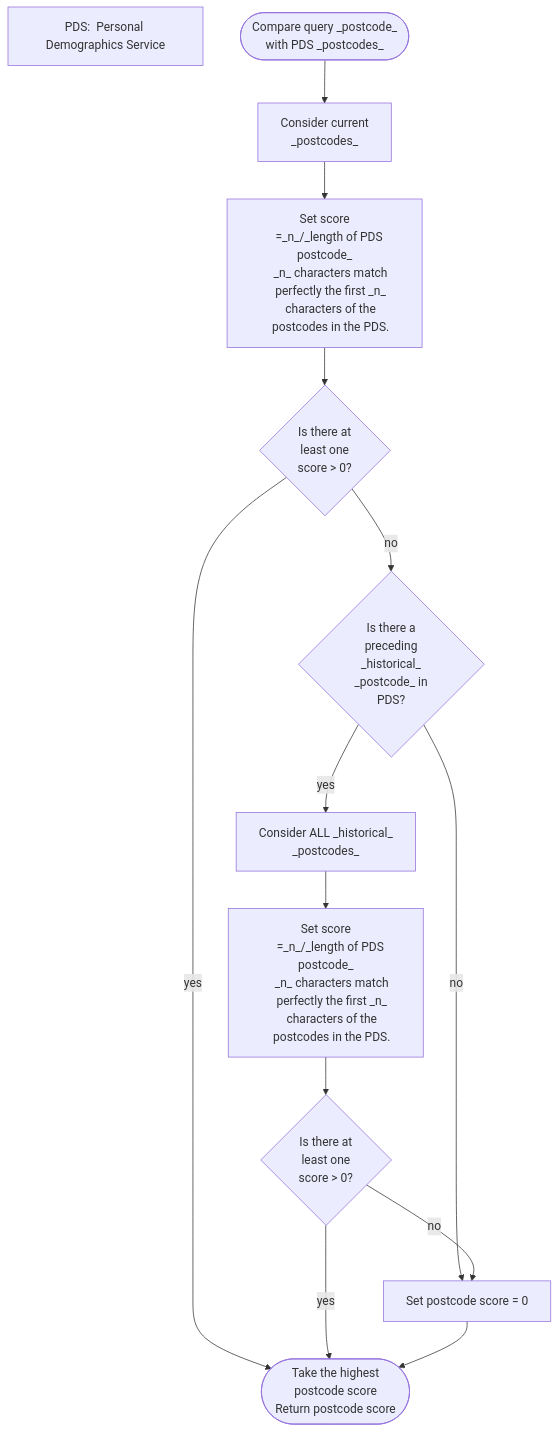
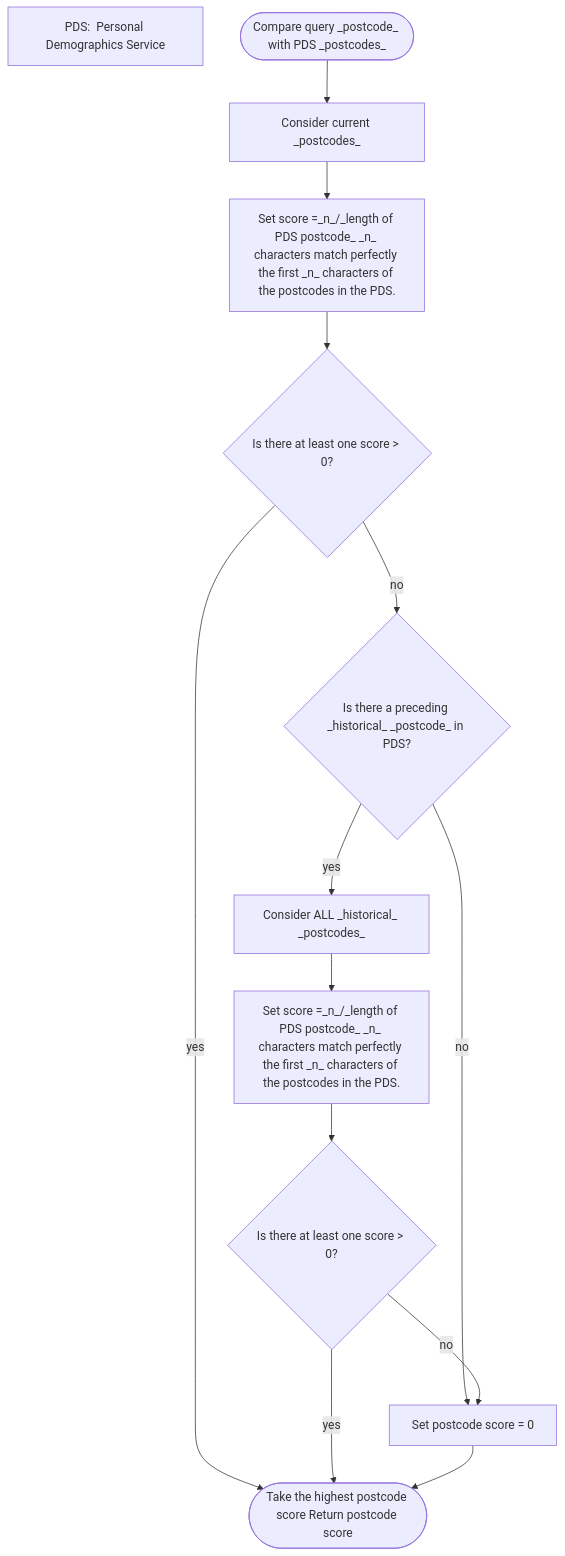
The diagram in src/_pages/standards-comparison-person-matching.md (SocialCareData/standard), drawn with Mermaid before and after one commit. The commit also changed other lines of this file and 15 other files, not shown here.

````diff
--- a/src/_pages/standards-comparison-person-matching.md
+++ b/src/_pages/standards-comparison-person-matching.md
@@ -124,53 +124,30 @@
 ```mermaid
 flowchart TD
     LEGEND[PDS: ]
 
-    Start([Compare query _postcode_
-    with PDS _postcodes_])
-    2[Consider current
-    _postcodes_]
-    3[Set score
-    =_n_/_length of PDS postcode_
-    _n_ characters match
-    perfectly the first _n_
-    characters of the
-    postcodes in the PDS.]
-    4{Is there at
-    least one
-    score > 0?}
-    5{Is there a
-    preceding
-    _historical_
-    _postcode_ in
-    PDS?}
-    6[Consider ALL _historical_
-    _postcodes_]
+    Start([Compare query _postcode_ with PDS _postcodes_])
+    2[Consider current _postcodes_]
+    3[Set score =_n_/_length of PDS postcode_ _n_ characters match perfectly the first _n_ characters of the postcodes in the PDS.]
+    4{Is there at least one score > 0?}
+    5{Is there a preceding _historical_ _postcode_ in PDS?}
+    6[Consider ALL _historical_ _postcodes_]
     7[Set postcode score = 0]
-    8[Set score
-    =_n_/_length of PDS postcode_
-    _n_ characters match
-    perfectly the first _n_
-    characters of the
-    postcodes in the PDS.]
-    9{Is there at
-    least one
-    score > 0?}
-    Stop([Take the highest
-    postcode score
-    Return postcode score])
+    8[Set score =_n_/_length of PDS postcode_ _n_ characters match perfectly the first _n_ characters of the postcodes in the PDS.]
+    9{Is there at least one score > 0?}
+    Stop([Take the highest postcode score Return postcode score])
 
     Start --> 2
     2 --> 3
     3 --> 4
     4 -->|no| 5
     4 -->|yes| Stop
     5 -->|yes| 6
     5 -->|no| 7
     6 --> 8
     8 --> 9
     9 -->|no| 7
     9 -->|yes| Stop
     7 --> Stop
 
     LEGEND[PDS:  Personal Demographics Service]
 ```
````
